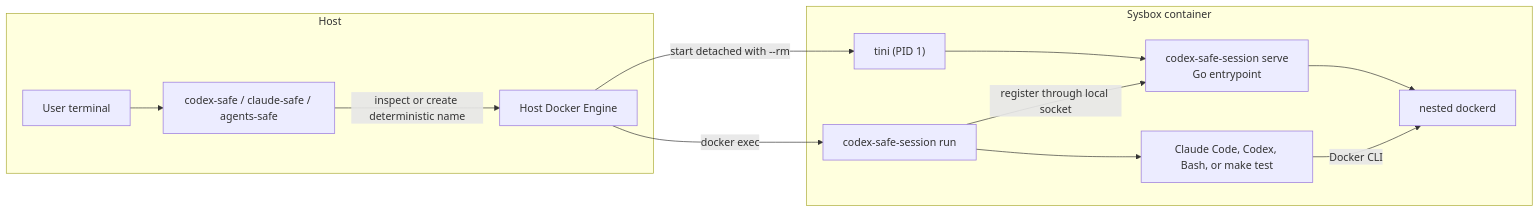
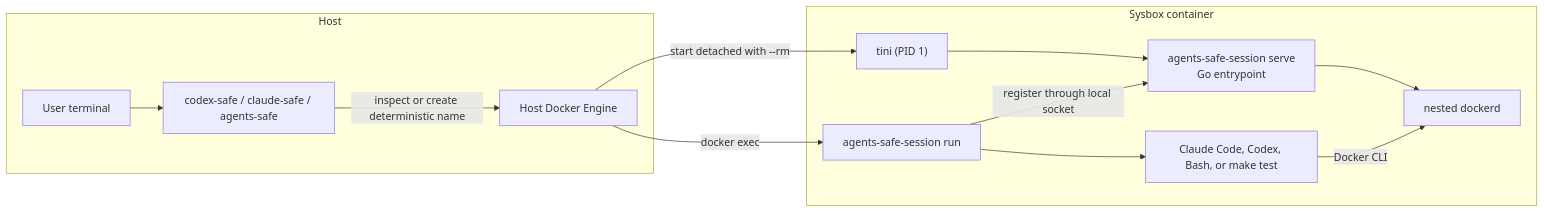
The first of 2 diagrams in docs/design-docs/go-session-manager.md (vkuptcov/agents-safe-environment), drawn with Mermaid before and after one commit. The commit also changed other lines of this file and 85 other files, not shown here.

````diff
--- a/docs/design-docs/go-session-manager.md
+++ b/docs/design-docs/go-session-manager.md
@@ -68,18 +68,18 @@
 ```mermaid
 flowchart LR
     subgraph Host["Host"]
         User["User terminal"] --> Launcher["codex-safe / claude-safe / agents-safe"]
         Launcher -->|"inspect or create deterministic name"| Engine["Host Docker Engine"]
     end
 
     subgraph Container["Sysbox container"]
-        Init["tini (PID 1)"] --> Manager["codex-safe-session serve<br/>Go entrypoint"]
+        Init["tini (PID 1)"] --> Manager["agents-safe-session serve<br/>Go entrypoint"]
         Manager --> Inner["nested dockerd"]
-        Wrapper["codex-safe-session run"] -->|"register through local socket"| Manager
+        Wrapper["agents-safe-session run"] -->|"register through local socket"| Manager
         Wrapper --> Command["Claude Code, Codex, Bash, or make test"]
         Command -->|"Docker CLI"| Inner
     end
 
     Engine -->|"start detached with --rm"| Init
     Engine -->|"docker exec"| Wrapper
 ```
````
